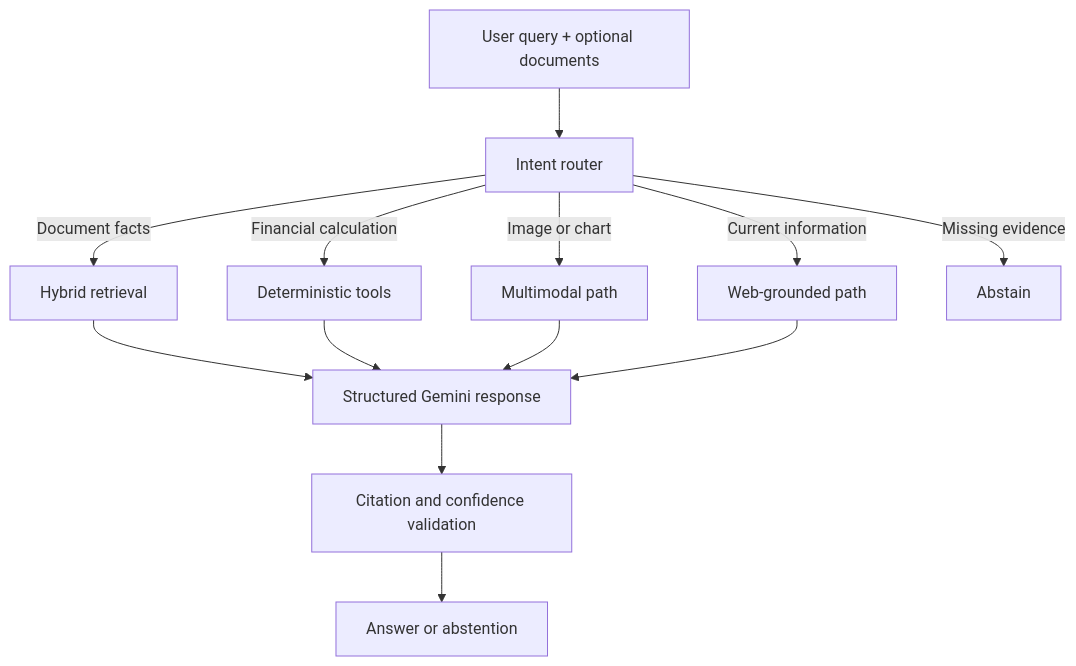
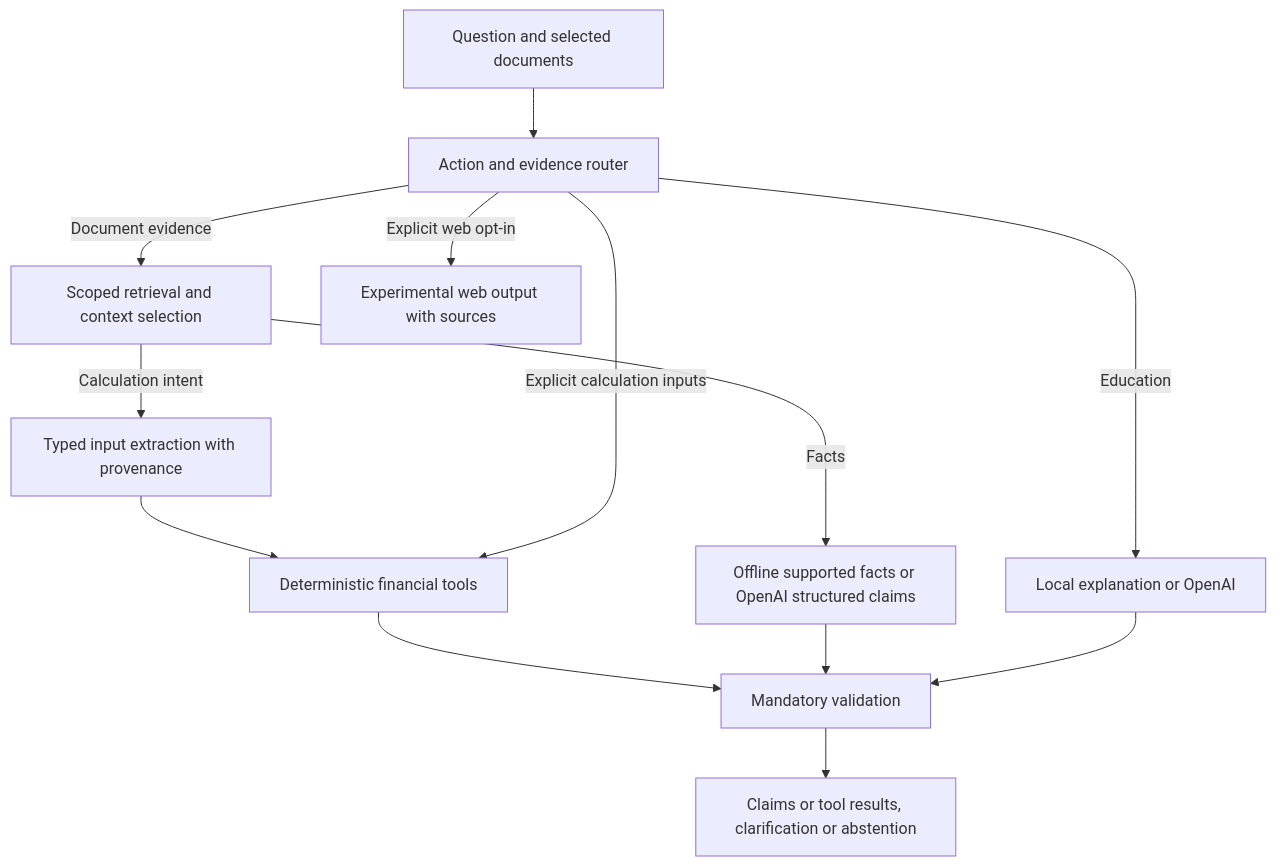
One commit to Shubhank2604/FinSight-AI changed the diagram in README.md. Above: the diagram before and after it, drawn with Mermaid. The commit also changed other lines of this file and 46 other files, not shown here.

Commit message:
Publish reproducible offline and live evidence with qualified interview documentation

````diff
--- a/README.md
+++ b/README.md
@@ -22,15 +21,15 @@
 ```mermaid
 flowchart TD
-    Q["User query + optional documents"] --> R["Intent router"]
-    R -->|Document facts| H["Hybrid retrieval"]
-    R -->|Financial calculation| T["Deterministic tools"]
-    R -->|Image or chart| M["Multimodal path"]
-    R -->|Current information| W["Web-grounded path"]
-    R -->|Missing evidence| A["Abstain"]
-    H --> G["Structured Gemini response"]
-    T --> G
-    M --> G
-    W --> G
-    G --> V["Citation and confidence validation"]
-    V --> O["Answer or abstention"]
+    Q[Question and selected documents] --> R[Action and evidence router]
+    R -->|Document evidence| H[Scoped retrieval and context selection]
+    H -->|Calculation intent| E[Typed input extraction with provenance]
+    E --> T[Deterministic financial tools]
+    H -->|Facts| G[Offline supported facts or OpenAI structured claims]
+    R -->|Explicit calculation inputs| T
+    R -->|Education| A[Local explanation or OpenAI]
+    T --> V[Mandatory validation]
+    G --> V
+    A --> V
+    V --> O[Claims or tool results, clarification or abstention]
+    R -->|Explicit web opt-in| W[Experimental web output with sources]
 ```
````
